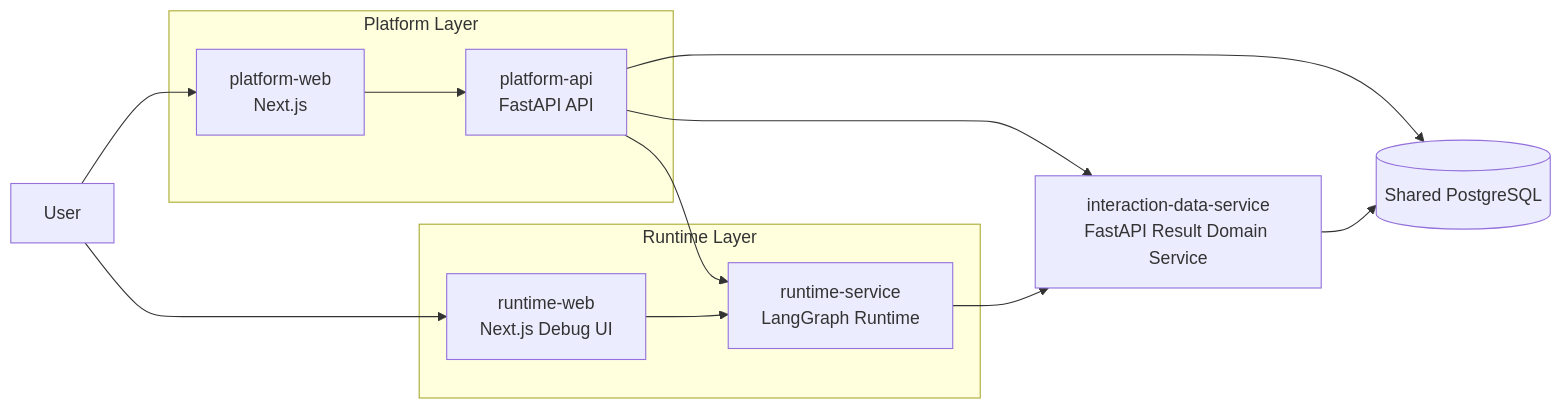
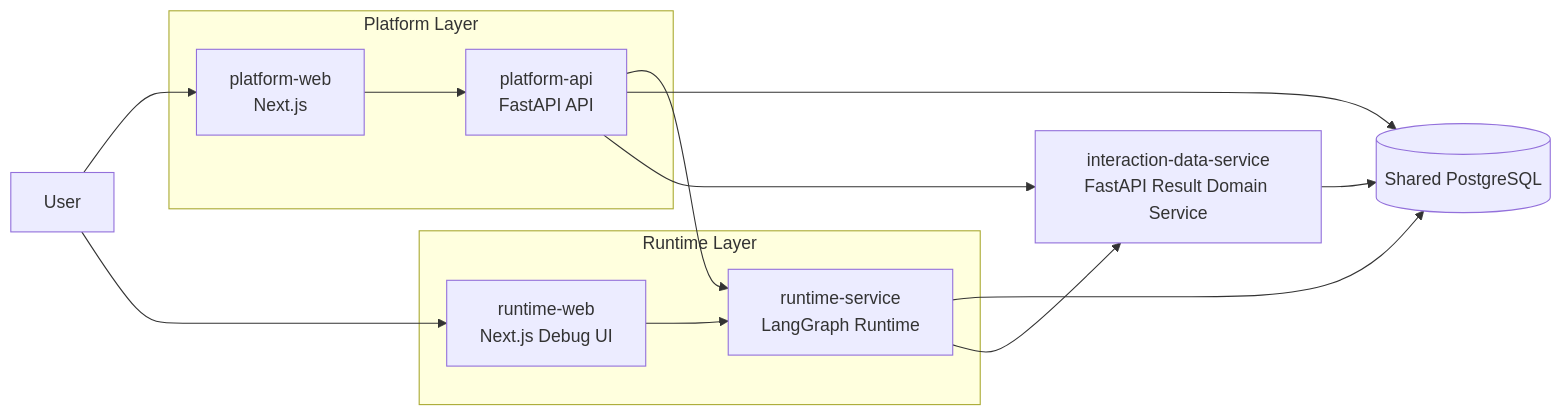
The diagram in README.md (ljxpython/ai-agent-platform), drawn with Mermaid before and after one commit.

Commit message:
docs: add runtime service db link in architecture diagram
Update the root README Mermaid diagram so runtime-service is shown with a direct link to the shared PostgreSQL instance, matching the intended local architecture description.

````diff
--- a/README.md
+++ b/README.md
@@ -46,29 +46,30 @@
 ```mermaid
 flowchart LR
     User[User]
 
     subgraph Platform[Platform Layer]
         PW[platform-web<br/>Next.js]
         PA[platform-api<br/>FastAPI API]
     end
 
     subgraph Runtime[Runtime Layer]
         RW[runtime-web<br/>Next.js Debug UI]
         RS[runtime-service<br/>LangGraph Runtime]
     end
 
     IDS[interaction-data-service<br/>FastAPI Result Domain Service]
     DB[(Shared PostgreSQL)]
 
     User --> PW
     User --> RW
 
     PW --> PA
     PA --> RS
     PA --> DB
     PA --> IDS
 
     RW --> RS
+    RS --> DB
     RS --> IDS
     IDS --> DB
 ```
````
